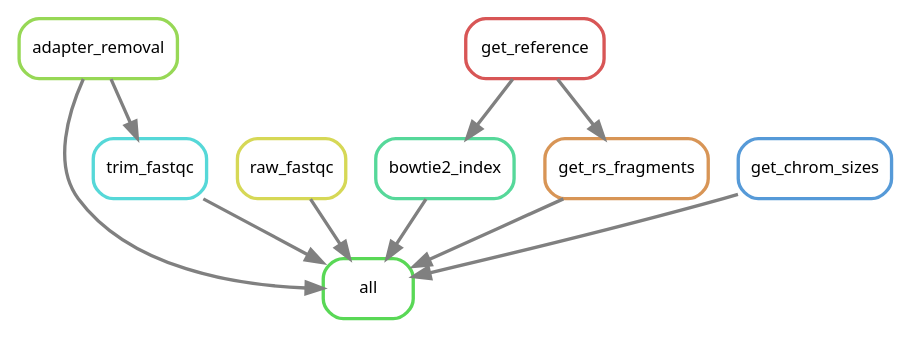
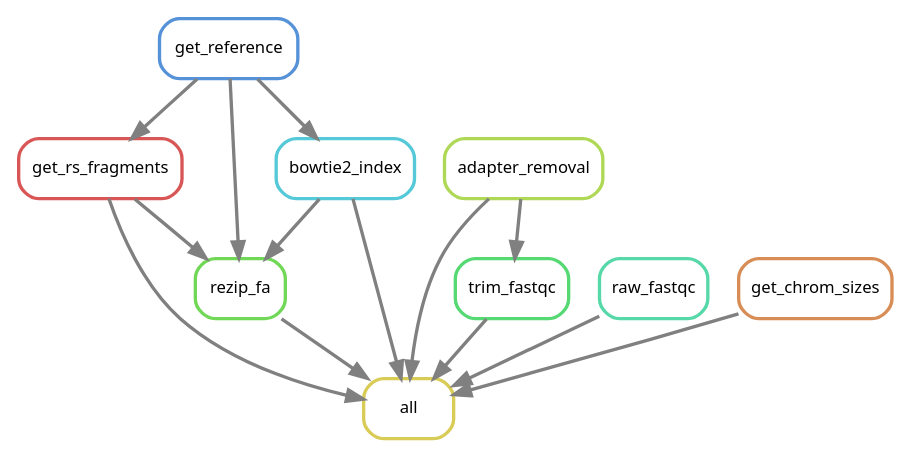
The diagram in output/rulegraph.dot (DRMCRL/ENCODE_T47D_HiC_ENCSR549MGQ), drawn with Graphviz before and after one commit. The commit also changed 6 other files, not shown here.

```diff
--- a/output/rulegraph.dot
+++ b/output/rulegraph.dot
@@ -1,22 +1,27 @@
 digraph snakemake_dag {
     graph[bgcolor=white, margin=0];
     node[shape=box, style=rounded, fontname=sans,                 fontsize=10, penwidth=2];
     edge[penwidth=2, color=grey];
-	0[label = "all", color = "0.33 0.6 0.85", style="rounded"];
-	1[label = "trim_fastqc", color = "0.50 0.6 0.85", style="rounded"];
-	2[label = "raw_fastqc", color = "0.17 0.6 0.85", style="rounded"];
-	3[label = "bowtie2_index", color = "0.42 0.6 0.85", style="rounded"];
-	4[label = "adapter_removal", color = "0.25 0.6 0.85", style="rounded"];
-	5[label = "get_rs_fragments", color = "0.08 0.6 0.85", style="rounded"];
-	6[label = "get_chrom_sizes", color = "0.58 0.6 0.85", style="rounded"];
-	7[label = "get_reference", color = "0.00 0.6 0.85", style="rounded"];
-	5 -> 0
-	2 -> 0
-	4 -> 0
-	3 -> 0
+	0[label = "all", color = "0.15 0.6 0.85", style="rounded"];
+	1[label = "get_rs_fragments", color = "0.00 0.6 0.85", style="rounded"];
+	2[label = "trim_fastqc", color = "0.37 0.6 0.85", style="rounded"];
+	3[label = "raw_fastqc", color = "0.44 0.6 0.85", style="rounded"];
+	4[label = "bowtie2_index", color = "0.52 0.6 0.85", style="rounded"];
+	5[label = "adapter_removal", color = "0.22 0.6 0.85", style="rounded"];
+	6[label = "get_chrom_sizes", color = "0.07 0.6 0.85", style="rounded"];
+	7[label = "rezip_fa", color = "0.30 0.6 0.85", style="rounded"];
+	8[label = "get_reference", color = "0.59 0.6 0.85", style="rounded"];
 	1 -> 0
 	6 -> 0
-	4 -> 1
-	7 -> 3
-	7 -> 5
+	5 -> 0
+	7 -> 0
+	2 -> 0
+	3 -> 0
+	4 -> 0
+	8 -> 1
+	5 -> 2
+	8 -> 4
+	1 -> 7
+	8 -> 7
+	4 -> 7
 }            
```
